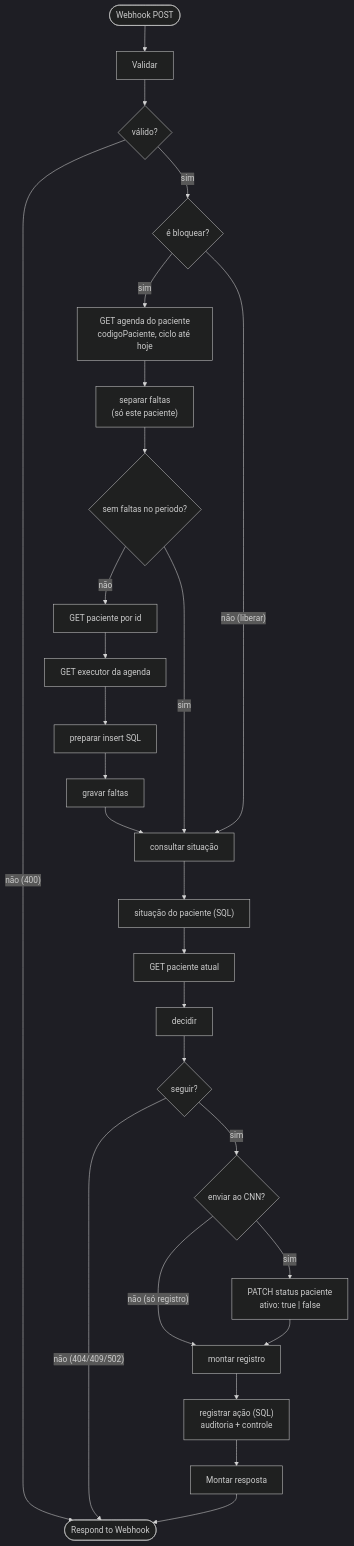
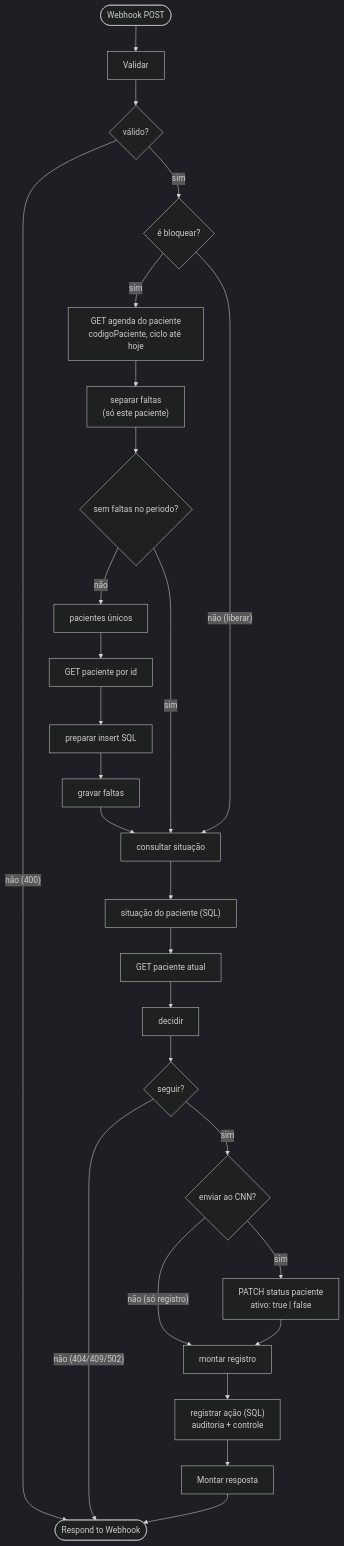
The diagram in docs/fluxos/acoes.md (clariens/painel-integracao-desbloqueio-CNN-web), drawn with Mermaid (dark theme) before and after one commit. The commit also changed 58 other files, not shown here.

````diff
--- a/docs/fluxos/acoes.md
+++ b/docs/fluxos/acoes.md
@@ -22,26 +22,26 @@
 ```mermaid
 flowchart TD
     W(["Webhook POST"]) --> V["Validar"]
     V --> OK{"válido?"}
     OK -->|"não (400)"| R(["Respond to Webhook"])
     OK -->|"sim"| B{"é bloquear?"}
     B -->|"sim"| AG["GET agenda do paciente<br/>codigoPaciente, ciclo até hoje"]
     AG --> SF["separar faltas<br/>(só este paciente)"]
     SF --> SQ{"sem faltas no periodo?"}
-    SQ -->|"não"| GP["GET paciente por id"] --> GE["GET executor da agenda"] --> PI["preparar insert SQL"] --> GF["gravar faltas"]
+    SQ -->|"não"| PU["pacientes únicos"] --> GP["GET paciente por id"] --> PI["preparar insert SQL"] --> GF["gravar faltas"]
     GF --> CS
     SQ -->|"sim"| CS
     B -->|"não (liberar)"| CS["consultar situação"]
     CS --> SS["situação do paciente (SQL)"]
     SS --> GA["GET paciente atual"]
     GA --> D["decidir"]
     D --> SG{"seguir?"}
     SG -->|"não (404/409/502)"| R
     SG -->|"sim"| EC{"enviar ao CNN?"}
     EC -->|"sim"| PT["PATCH status paciente<br/>ativo: true | false"]
     EC -->|"não (só registro)"| MR
     PT --> MR["montar registro"]
     MR --> RA["registrar ação (SQL)<br/>auditoria + controle"]
     RA --> MS["Montar resposta"]
     MS --> R
 ```
````
